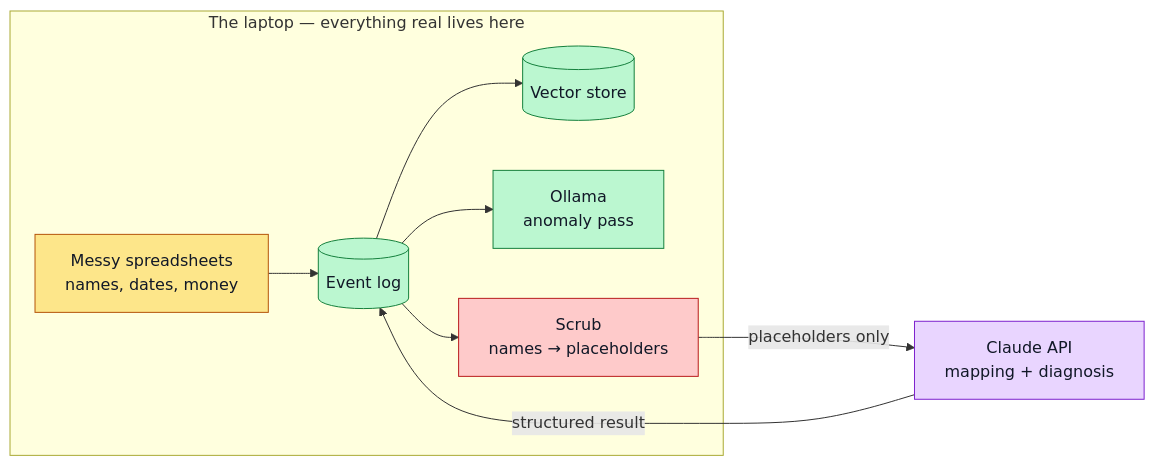
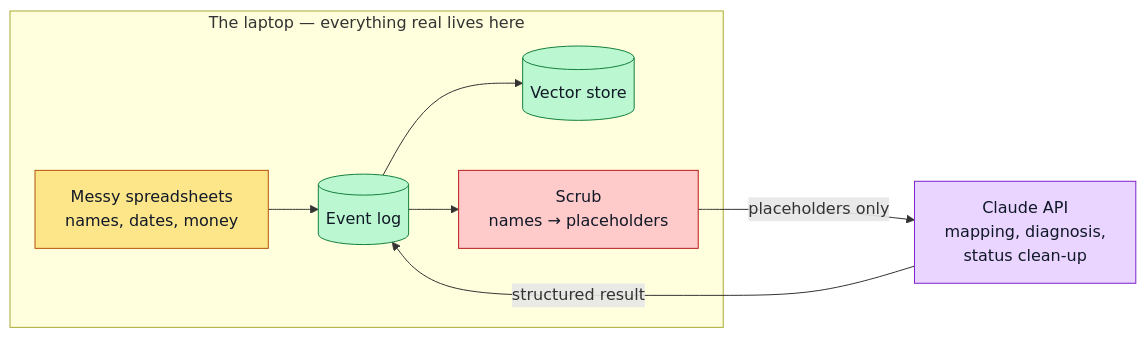
One commit to Emmett-M-Dev/bottleneck-ingest changed the diagram in wiki/Privacy-and-Ethics.md. Above: the diagram before and after it, drawn with Mermaid. The commit also changed other lines of this file and 16 other files, not shown here.

````diff
--- a/wiki/Privacy-and-Ethics.md
+++ b/wiki/Privacy-and-Ethics.md
@@ -7,25 +7,22 @@
 ```mermaid
 flowchart LR
     subgraph LOCAL["The laptop — everything real lives here"]
         F["Messy spreadsheets<br/>names, dates, money"]
         L[("Event log")]
         V[("Vector store")]
-        O["Ollama<br/>anomaly pass"]
         SC["Scrub<br/>names → placeholders"]
         F --> L --> V
-        L --> O
         L --> SC
     end
-    SC -->|"placeholders only"| API["Claude API<br/>mapping + diagnosis"]
+    SC -->|"placeholders only"| API["Claude API<br/>mapping, diagnosis,<br/>status clean-up"]
     API -->|"structured result"| L
 
     classDef inp fill:#fde68a,stroke:#b45309,color:#111827
     classDef store fill:#bbf7d0,stroke:#15803d,color:#111827
     classDef guard fill:#fecaca,stroke:#b91c1c,color:#111827
     classDef ext fill:#e9d5ff,stroke:#7e22ce,color:#111827
     class F inp
     class L,V store
     class SC guard
     class API ext
-    class O store
 ```
````
